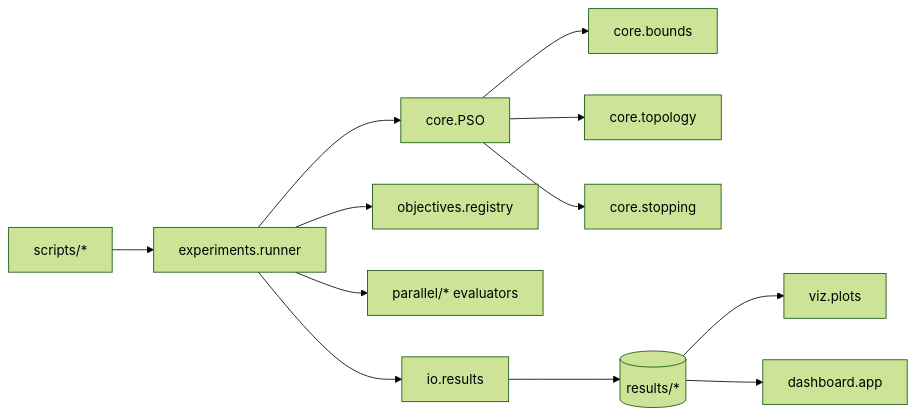
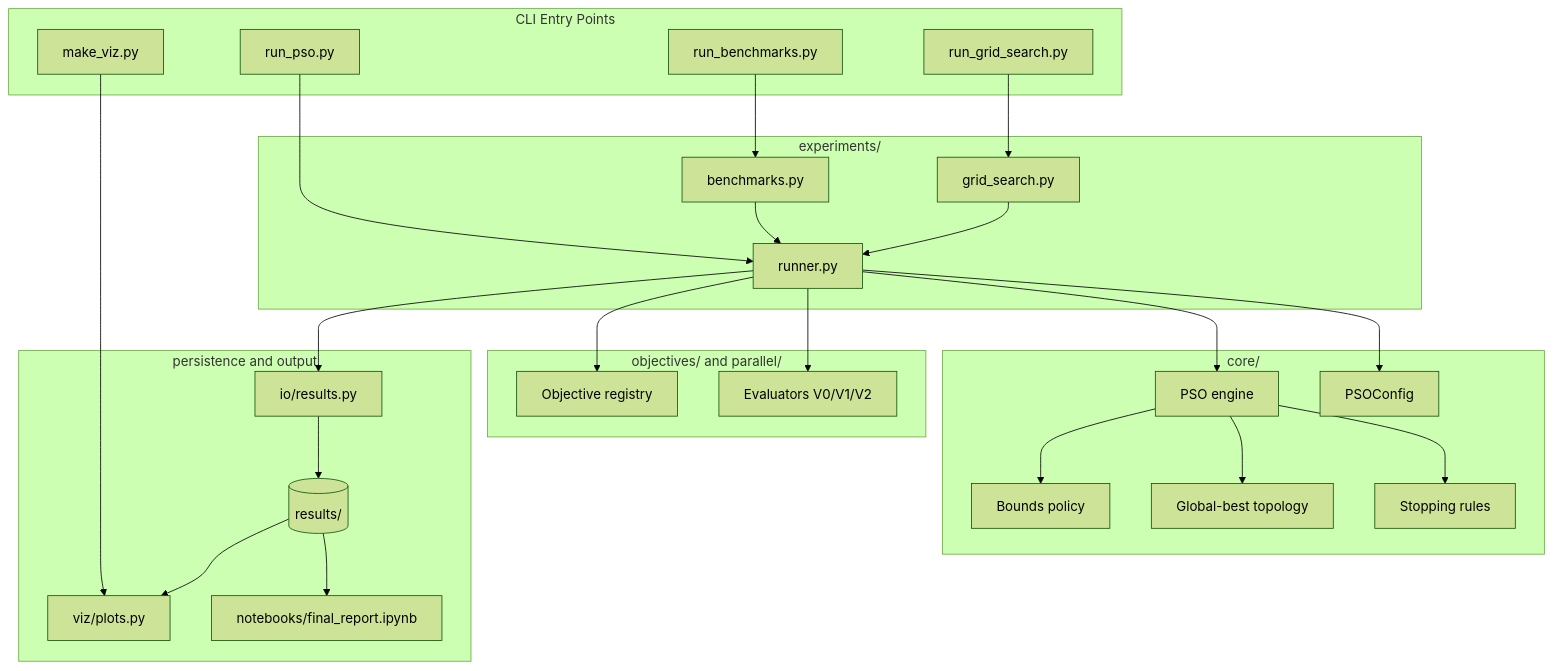
One commit to Lscotti-uni/PSO-python changed the diagram in README.md. Above: the diagram before and after it, drawn with Mermaid (forest theme). The commit also changed other lines of this file and 61 other files, not shown here.

````diff
--- a/README.md
+++ b/README.md
@@ -45,14 +46,57 @@
 ```mermaid
-flowchart LR
-    S[scripts/*] --> R[experiments.runner]
-    R --> C[core.PSO]
-    R --> O[objectives.registry]
-    R --> P[parallel/* evaluators]
-    C --> B[core.bounds]
-    C --> T[core.topology]
-    C --> STOP[core.stopping]
-    R --> IO[io.results]
-    IO --> RES[(results/*)]
-    RES --> V[viz.plots]
-    RES --> D[dashboard.app]
+flowchart TD
+    subgraph EntryPoints[CLI Entry Points]
+        RP[run_pso.py]
+        RB[run_benchmarks.py]
+        RG[run_grid_search.py]
+        MV[make_viz.py]
+    end
+
+    subgraph Experiments[experiments/]
+        Runner[runner.py]
+        Bench[benchmarks.py]
+        Grid[grid_search.py]
+    end
+
+    subgraph Core[core/]
+        PSO[PSO engine]
+        Bounds[Bounds policy]
+        Topology[Global-best topology]
+        Stop[Stopping rules]
+        Config[PSOConfig]
+    end
+
+    subgraph Domain[objectives/ and parallel/]
+        Objectives[Objective registry]
+        Eval[Evaluators V0/V1/V2]
+    end
+
+    subgraph Persistence[persistence and output]
+        IO[io/results.py]
+        Results[(results/)]
+        Viz[viz/plots.py]
+        Report[notebooks/final_report.ipynb]
+    end
+
+    RP --> Runner
+    RB --> Bench
+    RG --> Grid
+    MV --> Viz
+
+    Bench --> Runner
+    Grid --> Runner
+
+    Runner --> Config
+    Runner --> PSO
+    Runner --> Objectives
+    Runner --> Eval
+    Runner --> IO
+
+    PSO --> Bounds
+    PSO --> Topology
+    PSO --> Stop
+
+    IO --> Results
+    Results --> Viz
+    Results --> Report
 ```
````
